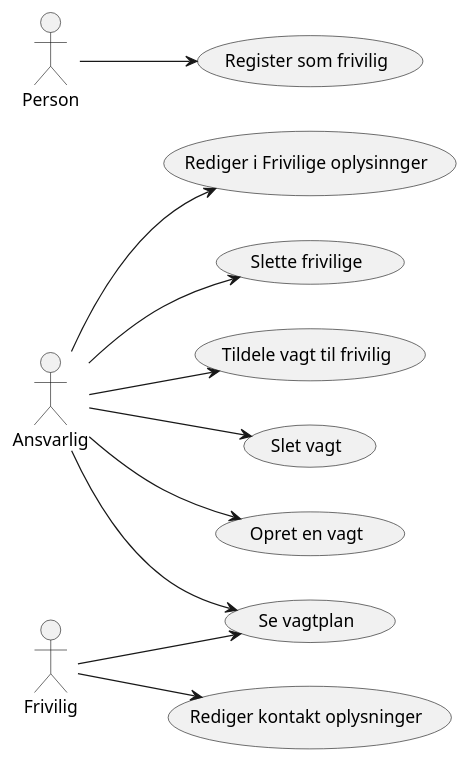
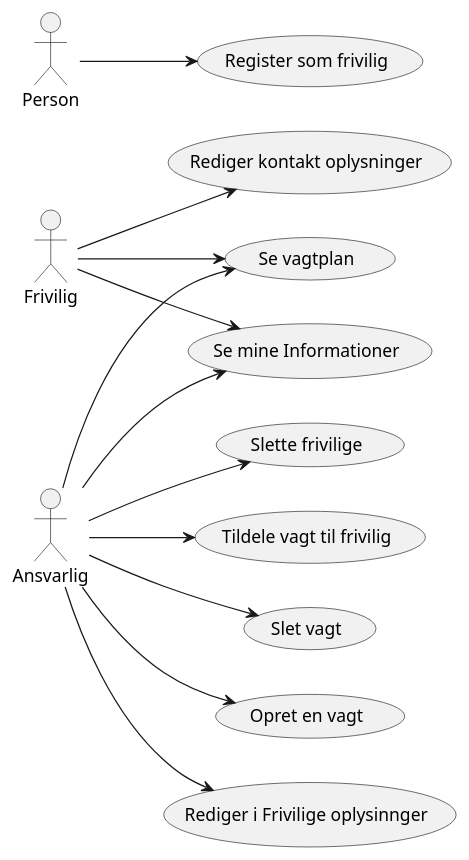
The diagram in src/grafik/UseCase.puml (juliusstr/RoskildeProjektFrivillige62514), drawn with PlantUML before and after one commit. The commit also changed 8 other files, not shown here.

```diff
--- a/src/grafik/UseCase.puml
+++ b/src/grafik/UseCase.puml
@@ -1,19 +1,21 @@
 @startuml
 'https://plantuml.com/use-case-diagram
 left to right direction
 
 :Ansvarlig: as Ansvarlig
 :Frivilig: as Frivilig
 :Person: as Person
 
 Person --> (Register som frivilig)
 Frivilig --> (Se vagtplan)
 Frivilig --> (Rediger kontakt oplysninger)
 Ansvarlig --> (Rediger i Frivilige oplysinnger)
 Ansvarlig --> (Slette frivilige)
 Ansvarlig --> (Tildele vagt til frivilig)
 Ansvarlig --> (Se vagtplan)
 Ansvarlig --> (Slet vagt)
 Ansvarlig --> (Opret en vagt)
+Ansvarlig --> (Se mine Informationer)
+Frivilig --> (Se mine Informationer)
 
 @enduml
```
